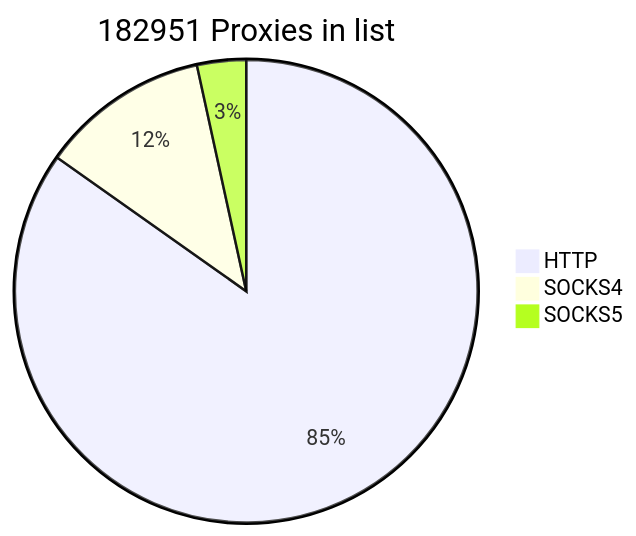
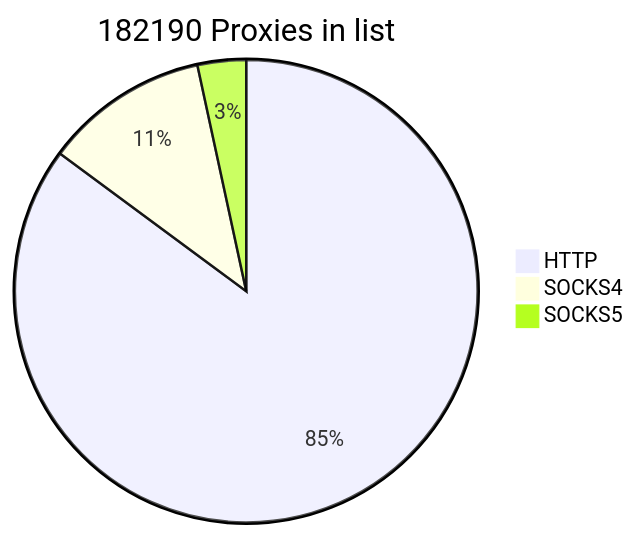
The first of 2 diagrams in README.md (cutipu/proxylist), drawn with Mermaid before and after one commit. The commit also changed other lines of this file, not shown here.

````diff
--- a/README.md
+++ b/README.md
@@ -2,7 +2,7 @@
 ```mermaid
-pie title 182951 Proxies in list
-    "HTTP" : 155126
-    "SOCKS4" : 21563
-    "SOCKS5" : 6262
+pie title 182190 Proxies in list
+    "HTTP" : 155092
+    "SOCKS4" : 20926
+    "SOCKS5" : 6172
             
 ```
````
